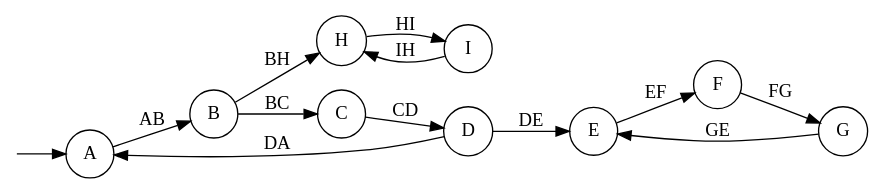
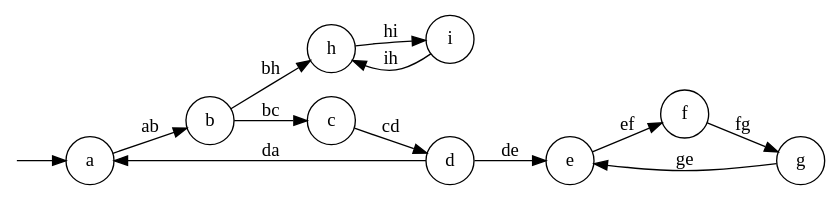
Before and after one commit to yavuzkoroglu/gwplus: the diagram in exps/001/m.dot, drawn with Graphviz. The commit also changed 6 other files, not shown here.

```diff
--- a/exps/001/m.dot
+++ b/exps/001/m.dot
@@ -1,17 +1,17 @@
 digraph Model {
     rankdir=LR;
     reset [shape="none",label="",width=0,height=0];
     node [shape="circle"];
-    reset->A;
-    A -> B [label="AB"];
-    B -> C [label="BC"];
-    B -> H [label="BH"];
-    C -> D [label="CD"];
-    D -> A [label="DA"];
-    D -> E [label="DE"];
-    E -> F [label="EF"];
-    F -> G [label="FG"];
-    G -> E [label="GE"];
-    H -> I [label="HI"];
-    I -> H [label="IH"];
+    reset->a;
+    a -> b [label="ab"];
+    b -> c [label="bc"];
+    b -> h [label="bh"];
+    c -> d [label="cd"];
+    d -> a [label="da"];
+    d -> e [label="de"];
+    e -> f [label="ef"];
+    f -> g [label="fg"];
+    g -> e [label="ge"];
+    h -> i [label="hi"];
+    i -> h [label="ih"];
 }
```
